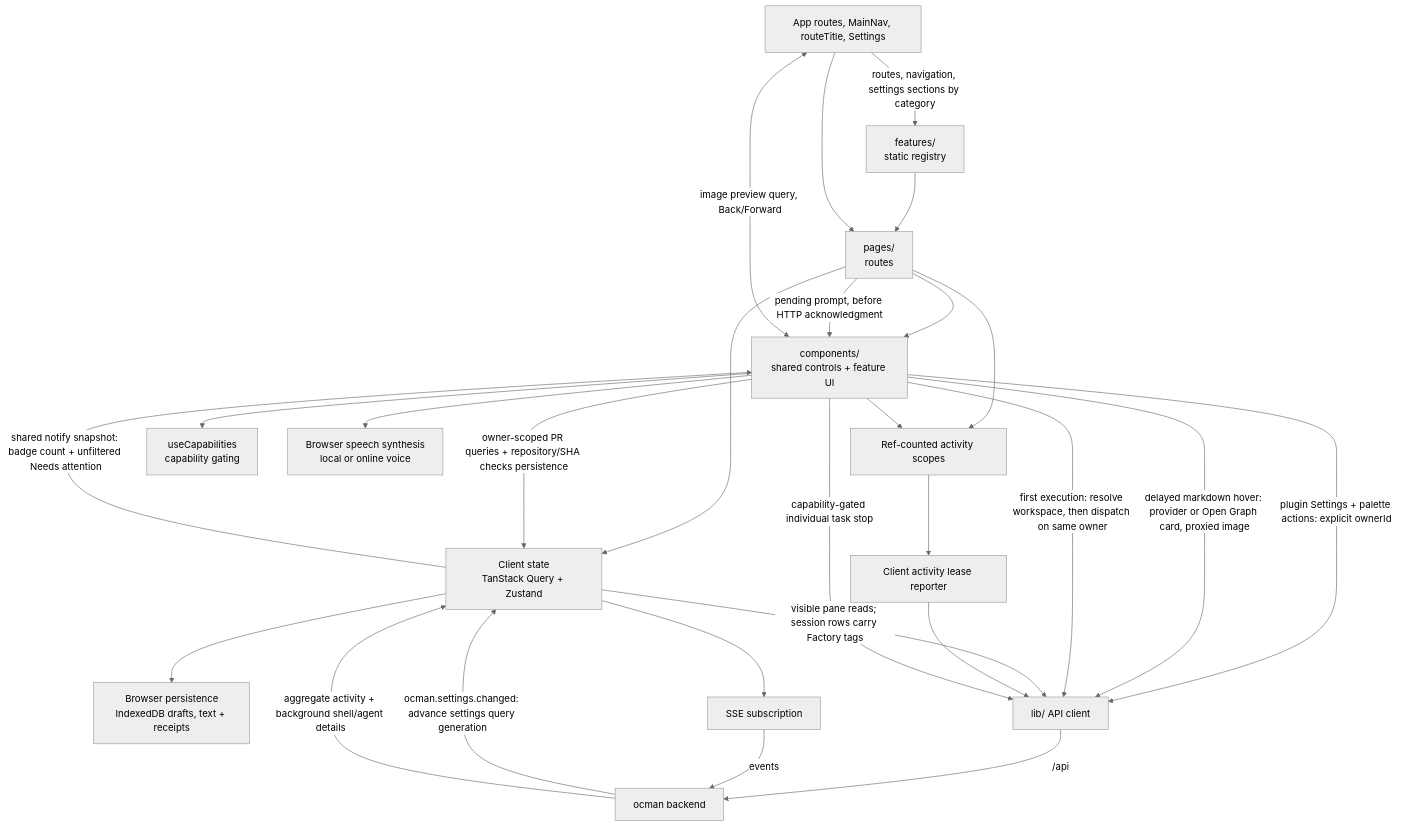
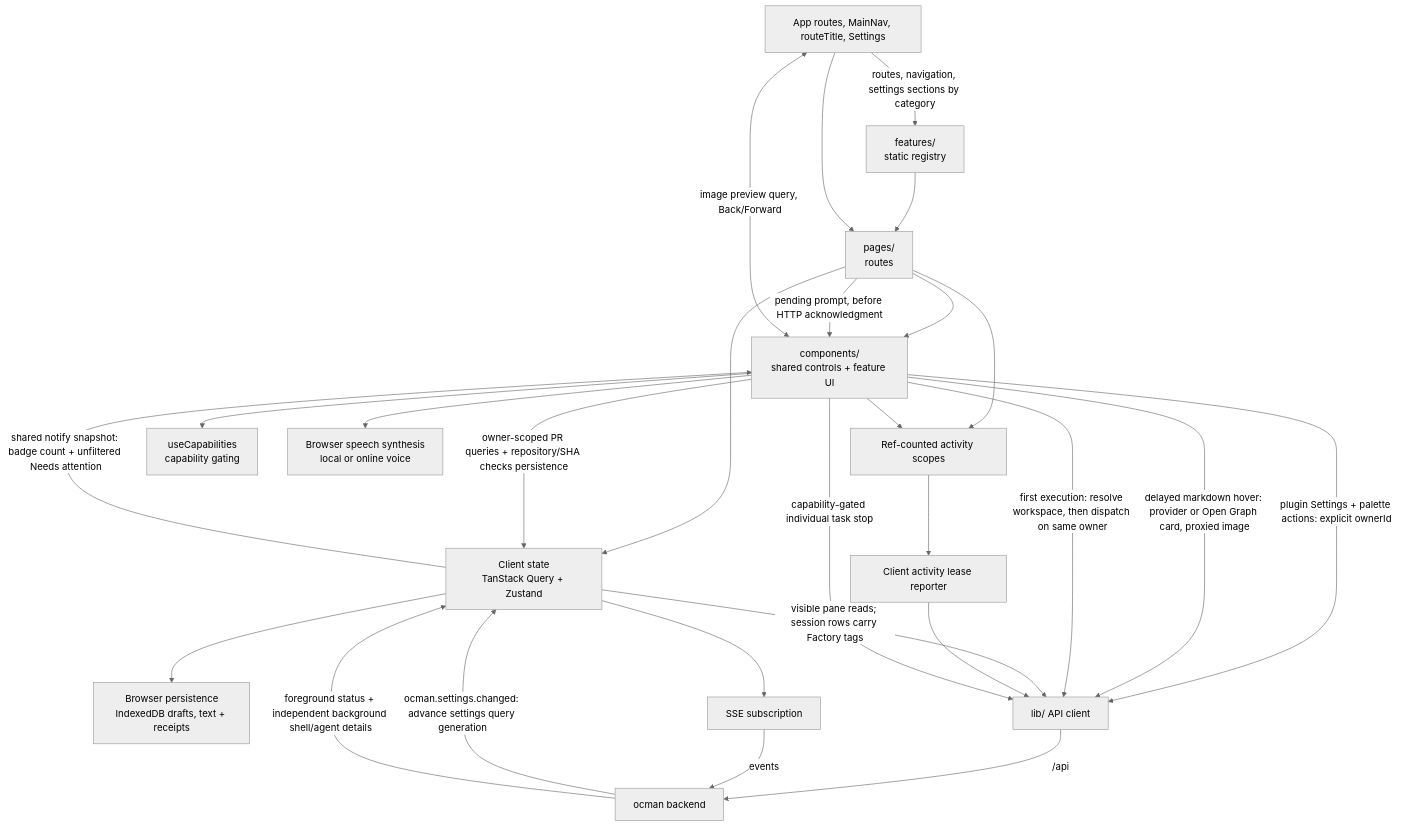
One commit to ocman/ocman changed diagram 12 of 15 in docs/other/architecture.md. Above: the diagram before and after it, drawn with Mermaid (neutral theme). The commit also changed other lines of this file and 29 other files, not shown here.

Commit message:
fix(sessions): follow foreground status independently of background work

````diff
--- a/docs/other/architecture.md
+++ b/docs/other/architecture.md
@@ -1683,29 +1683,29 @@
 ```mermaid
 flowchart TD
     Shell[App routes, MainNav, routeTitle, Settings] -->|routes, navigation, settings sections by category| Features[features/<br/>static registry]
     Features --> Pages
     Shell --> Pages
     Pages[pages/<br/>routes] --> Comp[components/<br/>shared controls + feature UI]
     Pages --> Stores[Client state<br/>TanStack Query + Zustand]
     Pages -->|pending prompt, before HTTP acknowledgment| Comp
     Stores --> Persistence[Browser persistence<br/>IndexedDB drafts, text + receipts]
     Comp -->|owner-scoped PR queries + repository/SHA checks persistence| Stores
     Comp -->|plugin Settings + palette actions: explicit ownerId| API
     Comp -->|delayed markdown hover: provider or Open Graph card, proxied image| API
     Comp -->|first execution: resolve workspace, then dispatch on same owner| API
     Stores -->|visible pane reads; session rows carry Factory tags| API[lib/ API client]
     Stores --> SSE[SSE subscription]
     Stores -->|shared notify snapshot: badge count + unfiltered Needs attention| Comp
     Pages --> Scopes[Ref-counted activity scopes]
     Comp --> Scopes
     Scopes --> Reporter[Client activity lease reporter]
     Reporter --> API
     API -->|/api| Hub[ocman backend]
     SSE -->|events| Hub
     Hub -->|ocman.settings.changed: advance settings query generation| Stores
-    Hub -->|aggregate activity + background shell/agent details| Stores
+    Hub -->|foreground status + independent background shell/agent details| Stores
     Comp -->|capability-gated individual task stop| API
     Comp --> Caps[useCapabilities<br/>capability gating]
     Comp --> Speech[Browser speech synthesis<br/>local or online voice]
     Comp <-->|image preview query, Back/Forward| Shell
 ```
````
